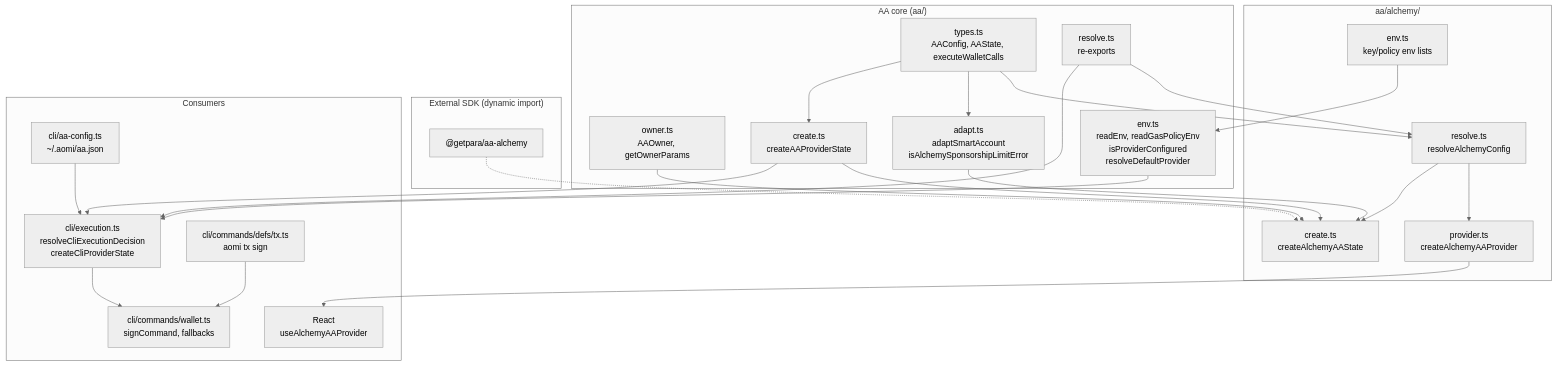
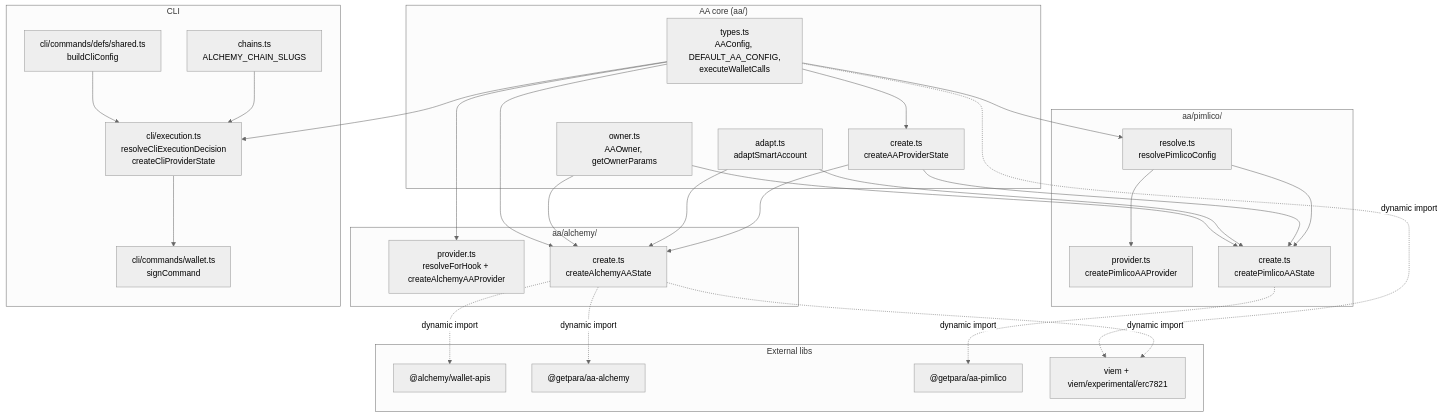
The first of 10 diagrams in specs/AA-ARCH.md (aomi-labs/aomi-widget), drawn with Mermaid before and after one commit. The commit also changed other lines of this file and 43 other files, not shown here.

````diff
--- a/specs/AA-ARCH.md
+++ b/specs/AA-ARCH.md
@@ -11,52 +34,58 @@
 ```mermaid
 %%{init: {'theme': 'neutral'}}%%
 graph TB
     subgraph "AA core (aa/)"
-        TYPES[types.ts<br/>AAConfig, AAState, executeWalletCalls]
+        TYPES[types.ts<br/>AAConfig, DEFAULT_AA_CONFIG,<br/>executeWalletCalls]
         OWNER[owner.ts<br/>AAOwner, getOwnerParams]
-        ENV_AGG[env.ts<br/>readEnv, readGasPolicyEnv<br/>isProviderConfigured<br/>resolveDefaultProvider]
-        ADAPT[adapt.ts<br/>adaptSmartAccount<br/>isAlchemySponsorshipLimitError]
-        RESOLVE_BARREL[resolve.ts<br/>re-exports]
-        CREATE_FACADE[create.ts<br/>createAAProviderState]
+        ADAPT[adapt.ts<br/>adaptSmartAccount]
+        CREATE[create.ts<br/>createAAProviderState]
     end
 
     subgraph "aa/alchemy/"
-        ALCH_ENV[env.ts<br/>key/policy env lists]
-        ALCH_RES[resolve.ts<br/>resolveAlchemyConfig]
-        ALCH_PROV[provider.ts<br/>createAlchemyAAProvider]
+        ALCH_PROV[provider.ts<br/>resolveForHook + createAlchemyAAProvider]
         ALCH_CREATE[create.ts<br/>createAlchemyAAState]
     end
 
-    subgraph "External SDK (dynamic import)"
-        AA_ALCH["@getpara/aa-alchemy"]
+    subgraph "aa/pimlico/"
+        PIM_RESOLVE[resolve.ts<br/>resolvePimlicoConfig]
+        PIM_PROV[provider.ts<br/>createPimlicoAAProvider]
+        PIM_CREATE[create.ts<br/>createPimlicoAAState]
     end
 
-    subgraph "Consumers"
-        EXEC[cli/execution.ts<br/>resolveCliExecutionDecision<br/>createCliProviderState]
-        AA_CFG[cli/aa-config.ts<br/>~/.aomi/aa.json]
-        WALLET[cli/commands/wallet.ts<br/>signCommand, fallbacks]
-        TX_DEF[cli/commands/defs/tx.ts<br/>aomi tx sign]
-        REACT[React<br/>useAlchemyAAProvider]
+    subgraph "External libs"
+        WALLET_APIS["@alchemy/wallet-apis"]
+        PARA_ALCH["@getpara/aa-alchemy"]
+        PARA_PIM["@getpara/aa-pimlico"]
+        VIEM_RAW[viem + viem/experimental/erc7821]
     end
 
-    ALCH_ENV --> ENV_AGG
-    RESOLVE_BARREL --> ALCH_RES
-    TYPES --> ALCH_RES
-    TYPES --> ADAPT
-    TYPES --> CREATE_FACADE
+    subgraph "CLI"
+        CLI_DEF[cli/commands/defs/shared.ts<br/>buildCliConfig]
+        CLI_EXEC[cli/execution.ts<br/>resolveCliExecutionDecision<br/>createCliProviderState]
+        CLI_WALLET[cli/commands/wallet.ts<br/>signCommand]
+        CLI_CHAINS[chains.ts<br/>ALCHEMY_CHAIN_SLUGS]
+    end
+
+    TYPES --> ALCH_PROV
+    TYPES --> ALCH_CREATE
+    TYPES --> PIM_RESOLVE
+    TYPES --> CREATE
+    TYPES --> CLI_EXEC
     OWNER --> ALCH_CREATE
+    OWNER --> PIM_CREATE
     ADAPT --> ALCH_CREATE
-    ALCH_RES --> ALCH_PROV
-    ALCH_RES --> ALCH_CREATE
-    CREATE_FACADE --> ALCH_CREATE
+    ADAPT --> PIM_CREATE
+    CREATE --> ALCH_CREATE
+    CREATE --> PIM_CREATE
+    PIM_RESOLVE --> PIM_PROV
+    PIM_RESOLVE --> PIM_CREATE
+    CLI_DEF --> CLI_EXEC
+    CLI_CHAINS --> CLI_EXEC
+    CLI_EXEC --> CLI_WALLET
 
-    AA_ALCH -.-> ALCH_CREATE
-
-    ENV_AGG --> EXEC
-    RESOLVE_BARREL --> EXEC
-    CREATE_FACADE --> EXEC
-    AA_CFG --> EXEC
-    EXEC --> WALLET
-    TX_DEF --> WALLET
-    ALCH_PROV --> REACT
+    TYPES -.dynamic import.-> VIEM_RAW
+    ALCH_CREATE -.dynamic import.-> WALLET_APIS
+    ALCH_CREATE -.dynamic import.-> PARA_ALCH
+    ALCH_CREATE -.dynamic import.-> VIEM_RAW
+    PIM_CREATE -.dynamic import.-> PARA_PIM
 ```
````
